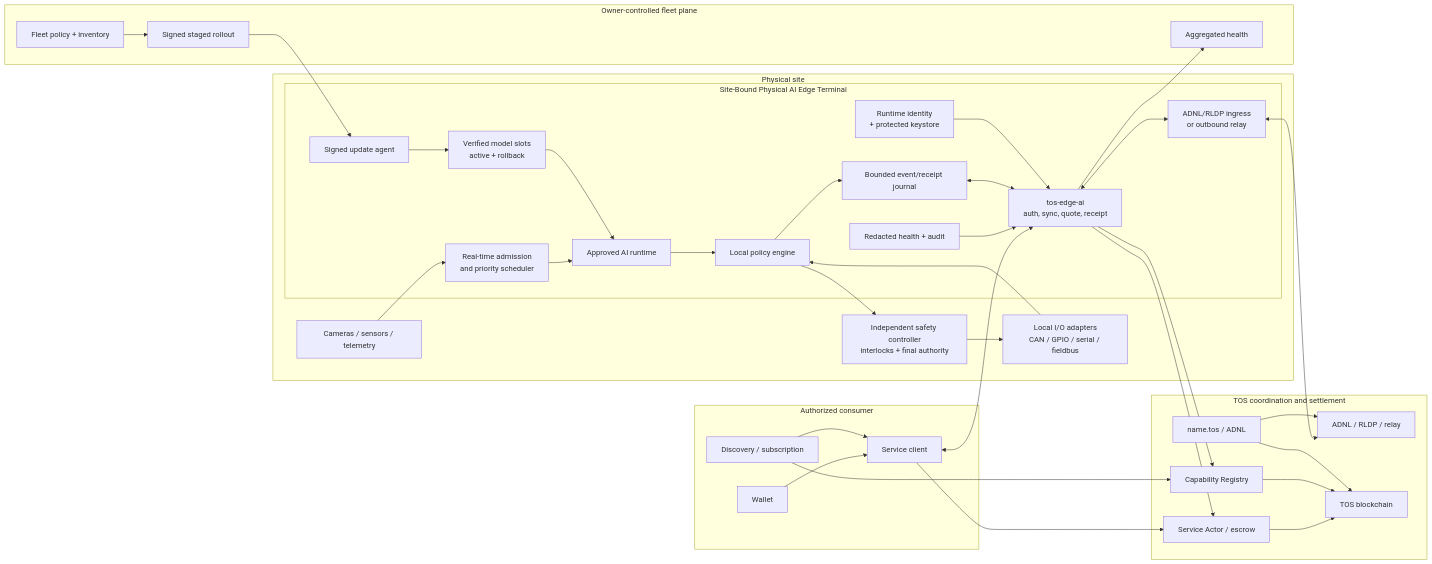
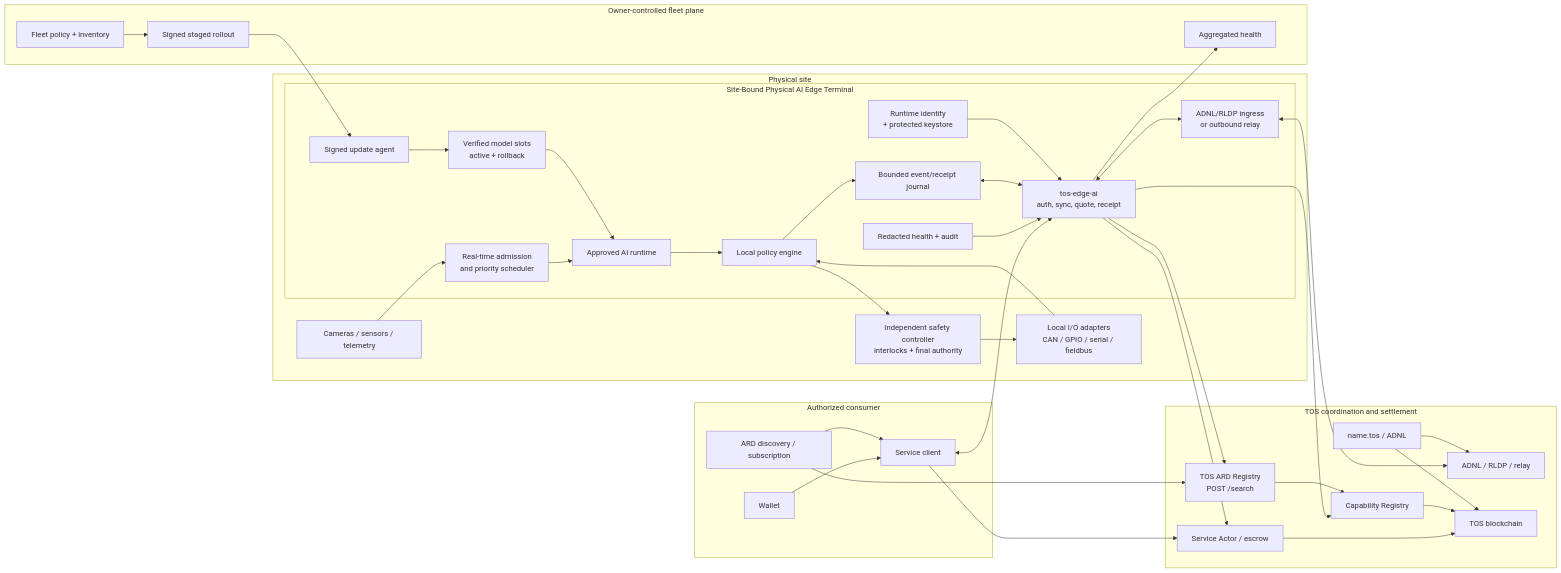
The diagram in doc/physical-ai-edge-terminal-use-case.md (tosnetwork/tos), drawn with Mermaid before and after one commit. The commit also changed other lines of this file and 21 other files, not shown here.

````diff
--- a/doc/physical-ai-edge-terminal-use-case.md
+++ b/doc/physical-ai-edge-terminal-use-case.md
@@ -131,71 +132,74 @@
 ```mermaid
 flowchart LR
     subgraph Site["Physical site"]
         Sensors["Cameras / sensors / telemetry"]
         LocalBus["Local I/O adapters<br/>CAN / GPIO / serial / fieldbus"]
         Safety["Independent safety controller<br/>interlocks + final authority"]
 
         subgraph Terminal["Site-Bound Physical AI Edge Terminal"]
             Identity["Runtime identity<br/>+ protected keystore"]
             Policy["Local policy engine"]
             Priority["Real-time admission<br/>and priority scheduler"]
             Models["Verified model slots<br/>active + rollback"]
             Runtime["Approved AI runtime"]
             Events["Bounded event/receipt journal"]
             Edge["tos-edge-ai<br/>auth, sync, quote, receipt"]
             Ingress["ADNL/RLDP ingress<br/>or outbound relay"]
             Update["Signed update agent"]
             Observe["Redacted health + audit"]
         end
 
         Sensors --> Priority
         LocalBus --> Policy
         Models --> Runtime
         Priority --> Runtime
         Runtime --> Policy
         Policy --> Events
         Policy --> Safety
         Safety --> LocalBus
         Identity --> Edge
         Events <--> Edge
         Edge <--> Ingress
         Update --> Models
         Observe --> Edge
     end
 
     subgraph Coordination["TOS coordination and settlement"]
         DNS["name.tos / ADNL"]
         Transport["ADNL / RLDP / relay"]
         Registry["Capability Registry"]
+        ARD["TOS ARD Registry<br/>POST /search"]
         Payment["Service Actor / escrow"]
         Chain["TOS blockchain"]
         DNS --> Chain
         DNS --> Transport
         Registry --> Chain
+        ARD --> Registry
         Payment --> Chain
     end
 
     subgraph Fleet["Owner-controlled fleet plane"]
         FleetPolicy["Fleet policy + inventory"]
         Rollout["Signed staged rollout"]
         FleetHealth["Aggregated health"]
         FleetPolicy --> Rollout
     end
 
     subgraph Consumer["Authorized consumer"]
-        Discovery["Discovery / subscription"]
+        Discovery["ARD discovery / subscription"]
         Client["Service client"]
         Wallet["Wallet"]
         Discovery --> Client
         Wallet --> Client
     end
 
     Ingress <--> Transport
+    Edge --> ARD
     Edge --> Registry
     Edge --> Payment
     Rollout --> Update
     Edge --> FleetHealth
-    Discovery --> Registry
+    Discovery --> ARD
     Client <--> Edge
     Client --> Payment
 ```
````
